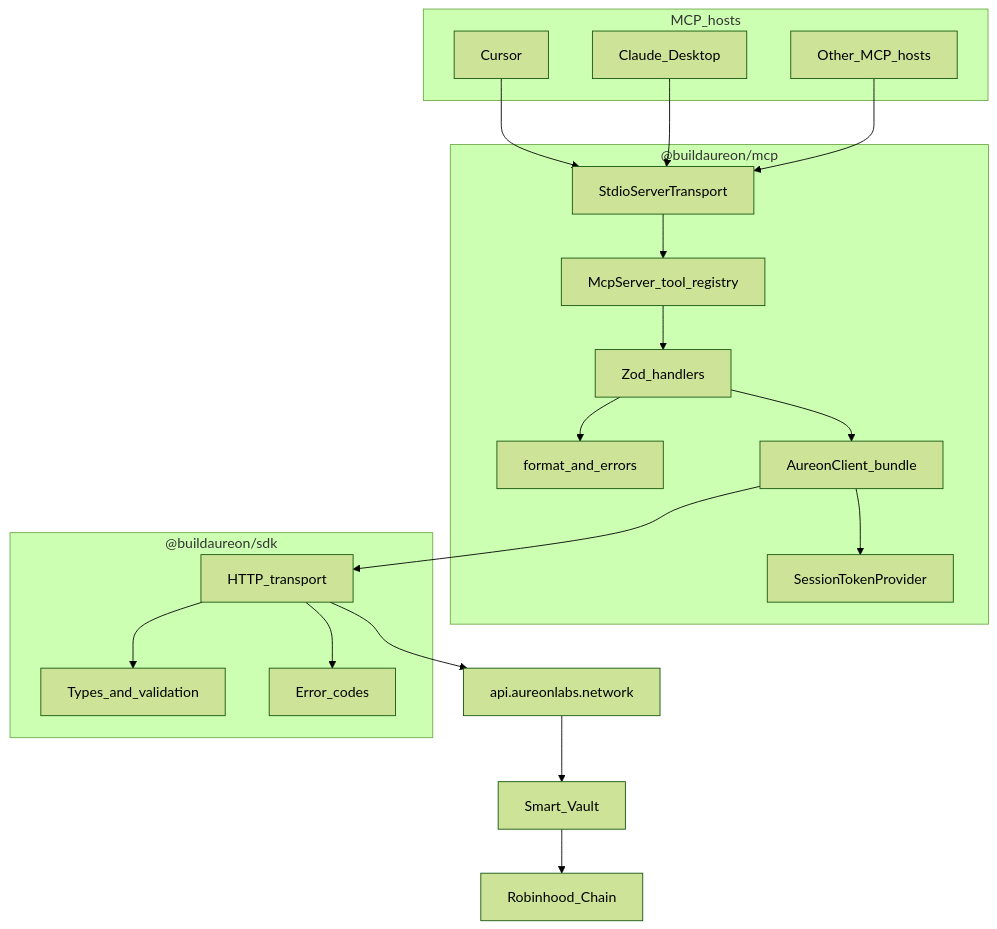
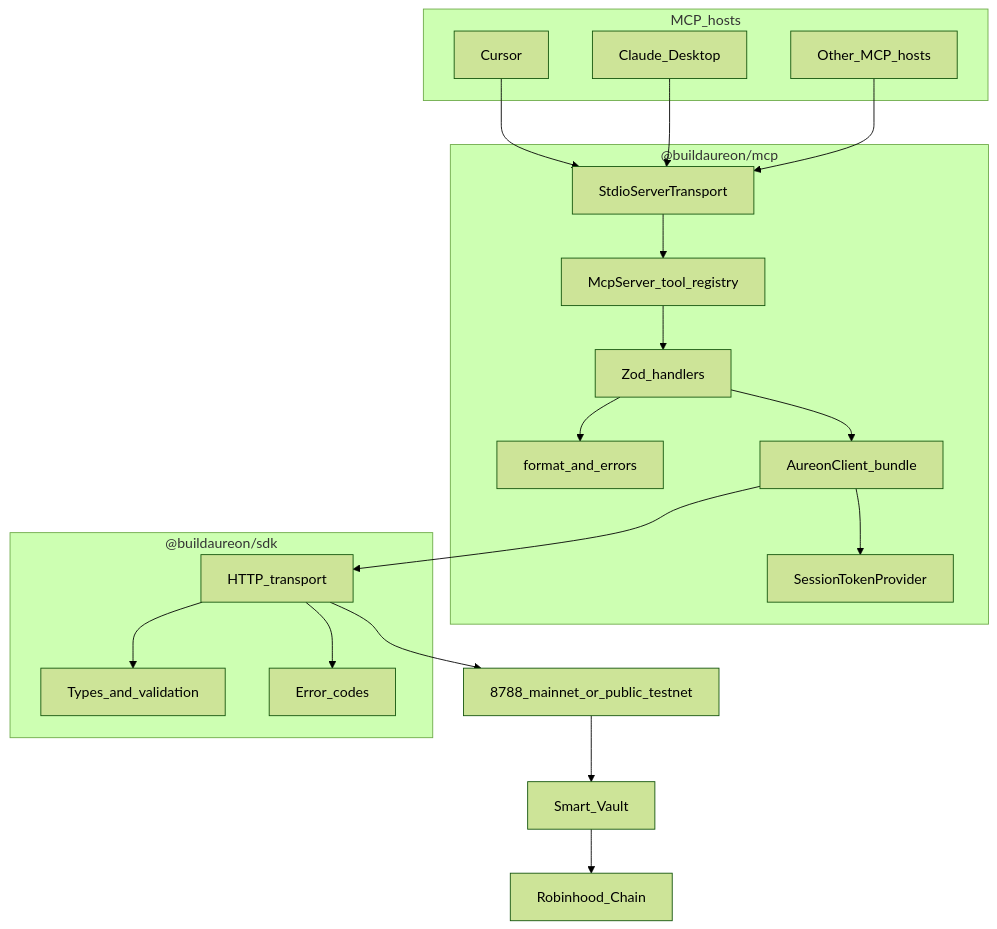
The first of 2 diagrams in docs/architecture.md (buildaureon/aureon-mcp), drawn with Mermaid (forest theme) before and after one commit. The commit also changed other lines of this file, not shown here.

Commit message:
docs: align architecture with resolved mainnet API

````diff
--- a/docs/architecture.md
+++ b/docs/architecture.md
@@ -35,42 +35,42 @@
 ```mermaid
 flowchart TB
   subgraph hosts [MCP_hosts]
     Cursor[Cursor]
     Claude[Claude_Desktop]
     Other[Other_MCP_hosts]
   end
 
   subgraph mcpPkg ["@buildaureon/mcp"]
     Stdio[StdioServerTransport]
     Registry[McpServer_tool_registry]
     Handlers[Zod_handlers]
     Format[format_and_errors]
     Session[SessionTokenProvider]
     Client[AureonClient_bundle]
   end
 
   subgraph sdkPkg ["@buildaureon/sdk"]
     HTTP[HTTP_transport]
     Types[Types_and_validation]
     ErrModel[Error_codes]
   end
 
-  API[api.aureonlabs.network]
+  API[8788_mainnet_or_public_testnet]
   Vault[Smart_Vault]
   Chain[Robinhood_Chain]
 
   Cursor --> Stdio
   Claude --> Stdio
   Other --> Stdio
   Stdio --> Registry
   Registry --> Handlers
   Handlers --> Format
   Handlers --> Client
   Client --> Session
   Client --> HTTP
   HTTP --> Types
   HTTP --> ErrModel
   HTTP --> API
   API --> Vault
   Vault --> Chain
 ```
````
